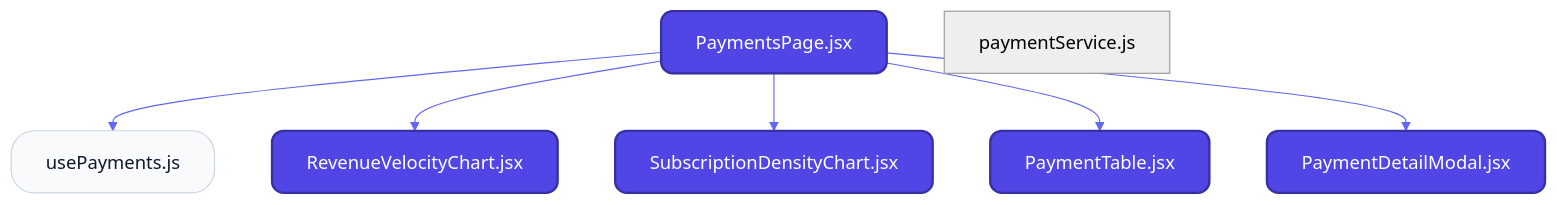
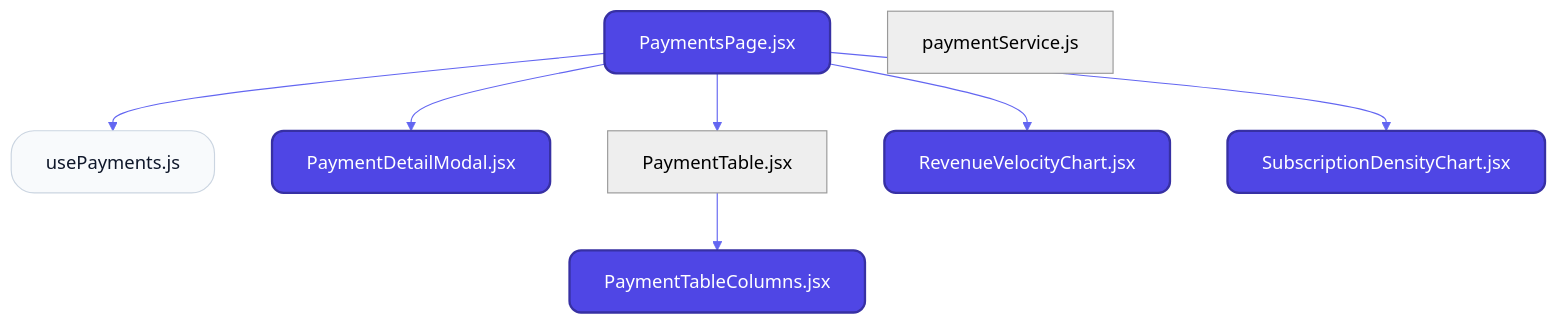
One commit to nexowebai/nexo-superadmin changed the first of 2 diagrams in src/features/payments/README.md. Above: the diagram before and after it, drawn with Mermaid. The commit also changed other lines of this file and 142 other files, not shown here.

````diff
--- a/src/features/payments/README.md
+++ b/src/features/payments/README.md
@@ -12,20 +12,22 @@
 ```mermaid
 %%{init: {'theme': 'neutral', 'themeVariables': { 'fontFamily': 'Inter', 'lineColor': '#6366f1' }}}%%
 graph TD
     classDef page fill:#4f46e5,stroke:#3730a3,stroke-width:2px,color:#fff,rx:10,ry:10;
     classDef hook fill:#f8fafc,stroke:#cbd5e1,stroke-width:1px,color:#0f172a,rx:20,ry:20;
     classDef service fill:#0f172a,stroke:#000,stroke-width:2px,color:#f1f5f9,rx:5,ry:5;
 
     PaymentsPagejsx["PaymentsPage.jsx"]:::page
     usePaymentsjs["usePayments.js"]:::hook
     paymentServicejs["paymentService.js"]
     PaymentDetailModaljsx["PaymentDetailModal.jsx"]:::page
-    PaymentTablejsx["PaymentTable.jsx"]:::page
+    PaymentTablejsx["PaymentTable.jsx"]
+    PaymentTableColumnsjsx["PaymentTableColumns.jsx"]:::page
     RevenueVelocityChartjsx["RevenueVelocityChart.jsx"]:::page
     SubscriptionDensityChartjsx["SubscriptionDensityChart.jsx"]:::page
     PaymentsPagejsx --> usePaymentsjs
     PaymentsPagejsx --> RevenueVelocityChartjsx
     PaymentsPagejsx --> SubscriptionDensityChartjsx
     PaymentsPagejsx --> PaymentTablejsx
     PaymentsPagejsx --> PaymentDetailModaljsx
+    PaymentTablejsx --> PaymentTableColumnsjsx
 ```
````
